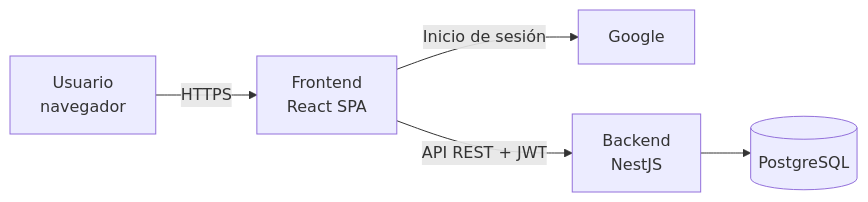
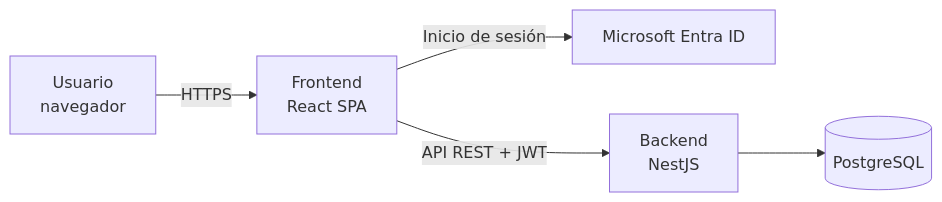
Before and after one commit to practicantePMO/Aplicativo-Flujo-Capex-Opex: the first of 4 diagrams in frontend/README.md, drawn with Mermaid. The commit also changed other lines of this file and 23 other files, not shown here.

Commit message:
feat(auth): retirar el inicio de sesión con Google y dejar Entra ID como único proveedor

````diff
--- a/frontend/README.md
+++ b/frontend/README.md
@@ -137,7 +136,7 @@
 ```mermaid
 flowchart LR
     U[Usuario<br/>navegador] -->|HTTPS| F[Frontend<br/>React SPA]
-    F -->|Inicio de sesión| G[Google]
+    F -->|Inicio de sesión| G[Microsoft Entra ID]
     F -->|API REST + JWT| B[Backend<br/>NestJS]
     B --> DB[(PostgreSQL)]
 ```
````
